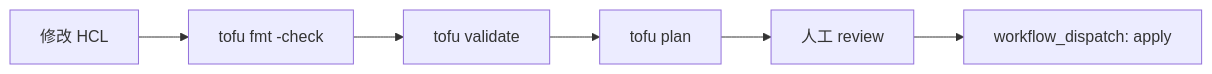
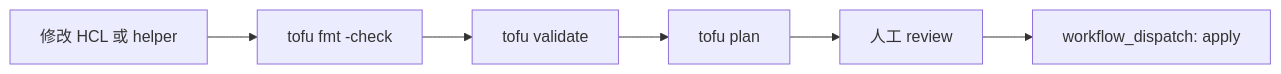
One commit to T-1009/personal-assistant changed the diagram in personal-assistant-infra/AGENTS.md. Above: the diagram before and after it, drawn with Mermaid. The commit also changed other lines of this file and 6 other files, not shown here.

````diff
--- a/personal-assistant-infra/AGENTS.md
+++ b/personal-assistant-infra/AGENTS.md
@@ -46,8 +71,8 @@
 ```mermaid
 flowchart LR
-    Edit["修改 HCL"] --> Format["tofu fmt -check"]
+    Edit["修改 HCL 或 helper"] --> Format["tofu fmt -check"]
     Format --> Validate["tofu validate"]
     Validate --> Plan["tofu plan"]
     Plan --> Review["人工 review"]
     Review --> Dispatch["workflow_dispatch: apply"]
 ```
````
